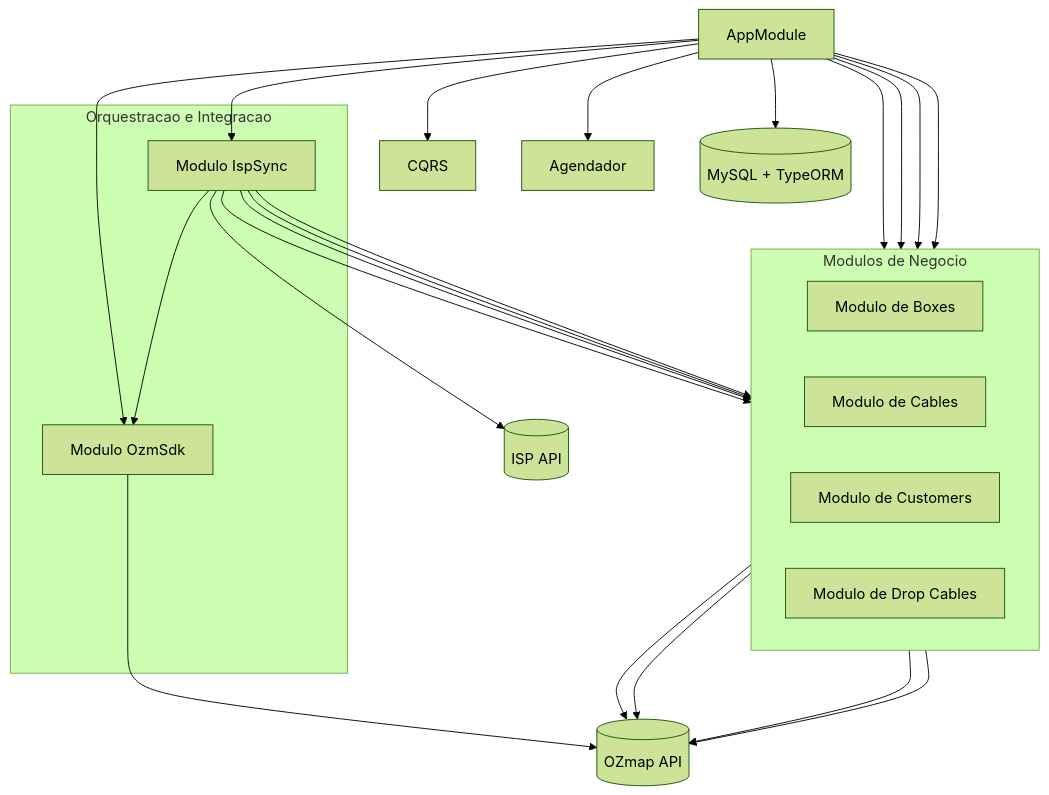
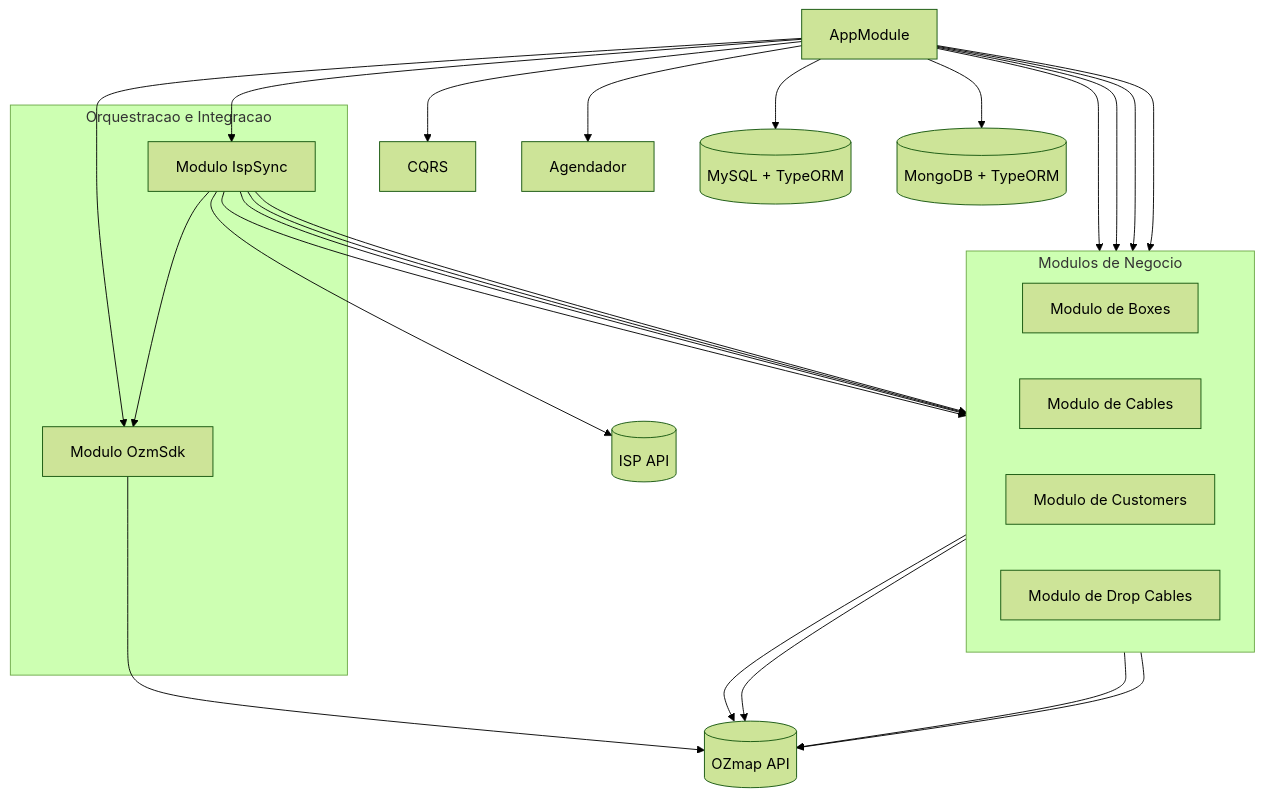
Before and after one commit to mathfelicio/ozmap-mf: the second of 2 diagrams in ARCHITECTURE.md, drawn with Mermaid (forest theme). The commit also changed other lines of this file and 1 other file, not shown here.

````diff
--- a/ARCHITECTURE.md
+++ b/ARCHITECTURE.md
@@ -26,44 +26,47 @@
 ```mermaid
 graph TD
     subgraph ModulosDeNegocio [Modulos de Negocio]
         direction LR
         Boxes[Modulo de Boxes]
         Cables[Modulo de Cables]
         Customers[Modulo de Customers]
         DropCables[Modulo de Drop Cables]
     end
 
     subgraph Orquestracao [Orquestracao e Integracao]
         IspSync[Modulo IspSync]
         OzmSdk[Modulo OzmSdk]
     end
 
     AppModule[AppModule]
     Cqrs[CQRS]
     Schedule[Agendador]
     Mysql[(MySQL + TypeORM)]
+    Mongo[(MongoDB + TypeORM)]
     IspApi[(ISP API)]
     Ozmap[(OZmap API)]
 
     AppModule --> IspSync
     AppModule --> OzmSdk
     AppModule --> Boxes
     AppModule --> Cables
     AppModule --> Customers
     AppModule --> DropCables
     AppModule --> Cqrs
     AppModule --> Schedule
     AppModule --> Mysql
+    AppModule --> Mongo
 
     IspSync --> IspApi
     IspSync --> Boxes
     IspSync --> Cables
     IspSync --> Customers
     IspSync --> DropCables
     IspSync --> OzmSdk
+
     OzmSdk --> Ozmap
     Boxes --> Ozmap
     Cables --> Ozmap
     Customers --> Ozmap
     DropCables --> Ozmap
 ```
````
